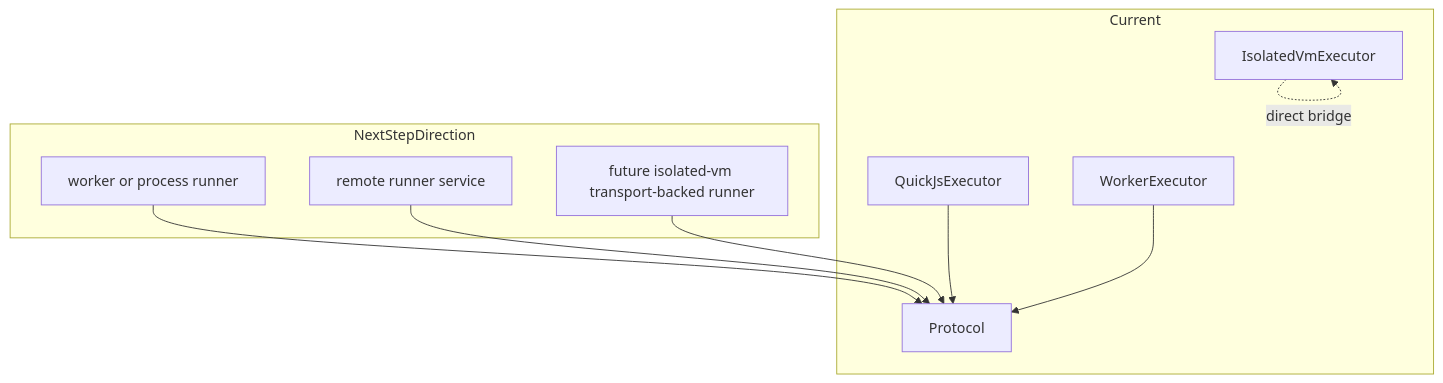
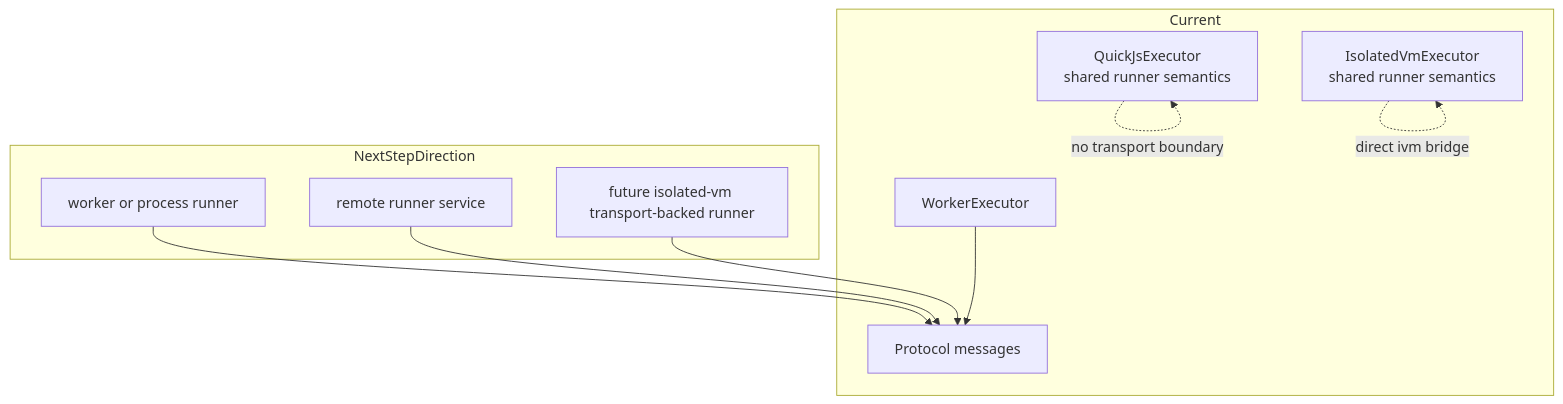
One commit to aallam/mcploom changed the third of 3 diagrams in docs/architecture/codexec-mcp-and-protocol.md. Above: the diagram before and after it, drawn with Mermaid. The commit also changed other lines of this file and 30 other files, not shown here.

Commit message:
refactor(codexec): `isolated-vm` shared runner semantics (#15)

````diff
--- a/docs/architecture/codexec-mcp-and-protocol.md
+++ b/docs/architecture/codexec-mcp-and-protocol.md
@@ -79,21 +86,21 @@
 ```mermaid
 flowchart TB
     subgraph Current
-        C1["QuickJsExecutor"]
+        C1["QuickJsExecutor<br/>shared runner semantics"]
         C2["WorkerExecutor"]
-        C3["IsolatedVmExecutor"]
-        P["Protocol"]
-        C1 --> P
+        C3["IsolatedVmExecutor<br/>shared runner semantics"]
+        P["Protocol messages"]
         C2 --> P
-        C3 -. direct bridge .-> C3
+        C1 -. no transport boundary .-> C1
+        C3 -. direct ivm bridge .-> C3
     end
 
     subgraph NextStepDirection
         N1["worker or process runner"]
         N2["remote runner service"]
         N3["future isolated-vm transport-backed runner"]
         N1 --> P
         N2 --> P
         N3 --> P
     end
 ```
````
